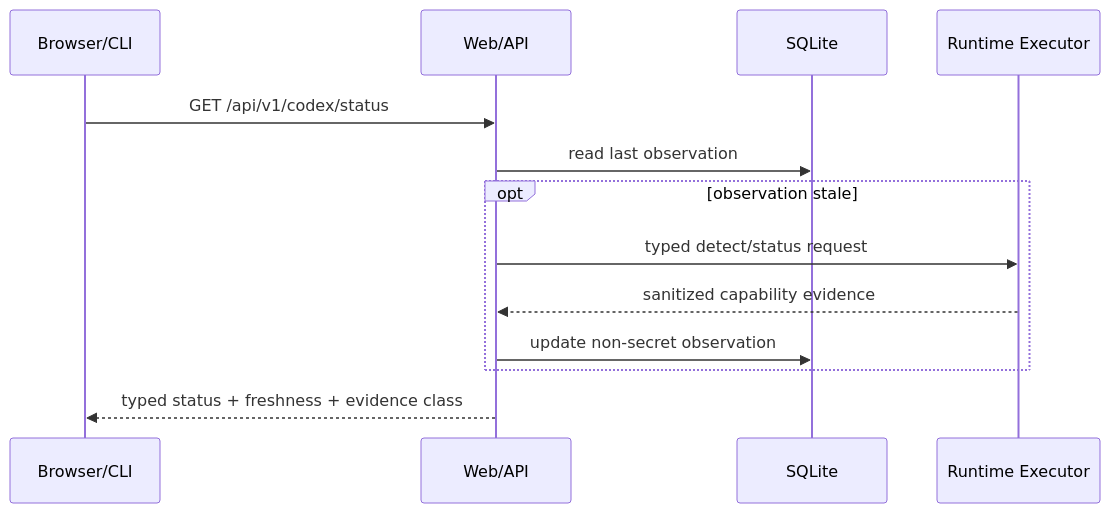
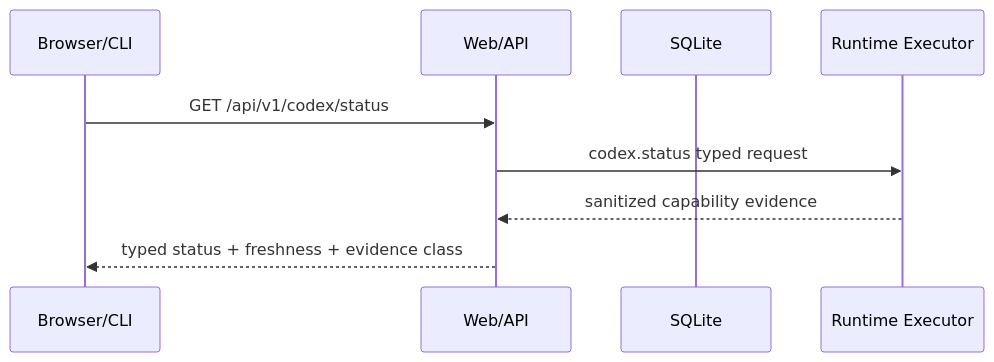
One commit to ForceMind/agentbox changed the second of 5 diagrams in docs/ARCHITECTURE.md. Above: the diagram before and after it, drawn with Mermaid. The commit also changed other lines of this file and 11 other files, not shown here.

````diff
--- a/docs/ARCHITECTURE.md
+++ b/docs/ARCHITECTURE.md
@@ -211,15 +248,11 @@
 ```mermaid
 sequenceDiagram
     participant B as Browser/CLI
     participant A as Web/API
     participant D as SQLite
     participant R as Runtime Executor
     B->>A: GET /api/v1/codex/status
-    A->>D: read last observation
-    opt observation stale
-        A->>R: typed detect/status request
-        R-->>A: sanitized capability evidence
-        A->>D: update non-secret observation
-    end
+    A->>R: codex.status typed request
+    R-->>A: sanitized capability evidence
     A-->>B: typed status + freshness + evidence class
 ```
````
